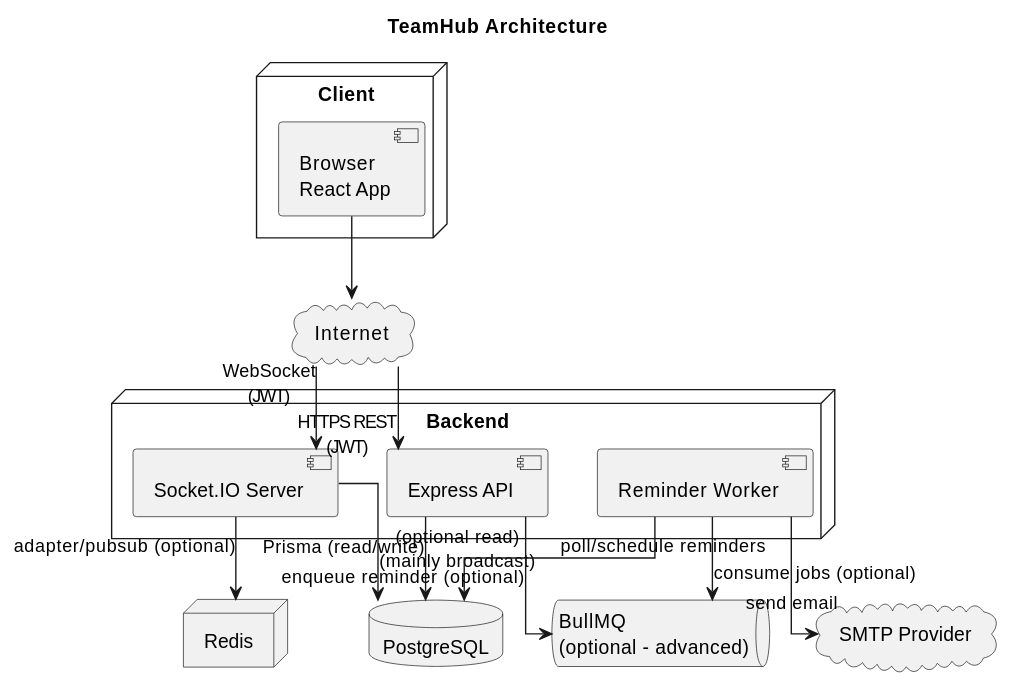
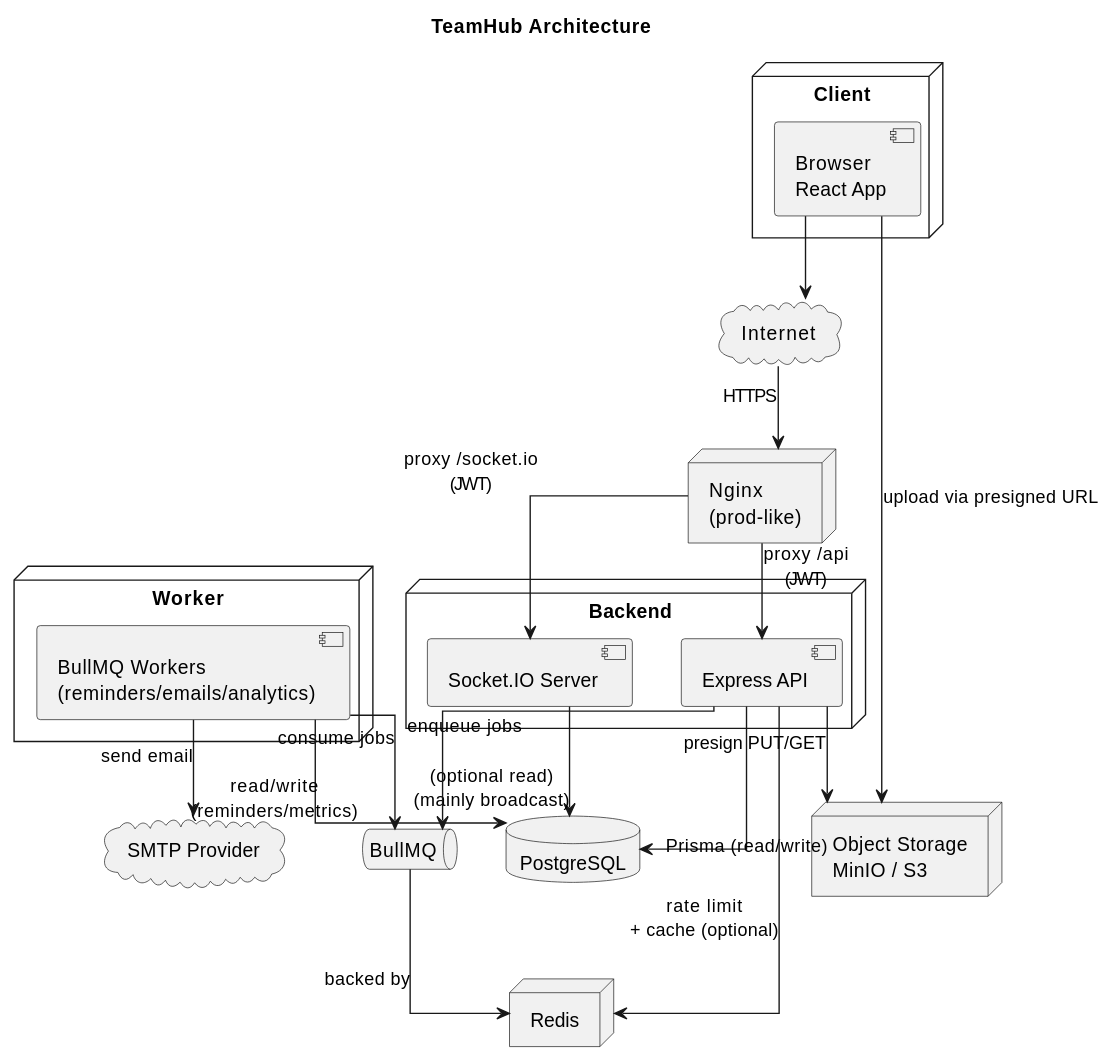
One commit to tvquang0511/TeamHub changed the diagram in docs/diagrams/system-architecture.md. Above: the diagram before and after it, drawn with PlantUML. The commit also changed 45 other files, not shown here.

````diff
--- a/docs/diagrams/system-architecture.md
+++ b/docs/diagrams/system-architecture.md
@@ -3,38 +3,49 @@
 ```plantuml
 @startuml
 skinparam linetype ortho
 title TeamHub Architecture
 
 node "Client" as client {
   [Browser\nReact App] as browser
 }
 
 cloud "Internet" as net
 
 node "Backend" as backend {
   [Express API] as api
   [Socket.IO Server] as sio
-  [Reminder Worker] as worker
+}
+
+node "Worker" as workerNode {
+  [BullMQ Workers\n(reminders/emails/analytics)] as worker
 }
 
 database "PostgreSQL" as pg
-queue "BullMQ\n(optional - advanced)" as mq
+queue "BullMQ" as mq
 node "Redis" as redis
+node "Object Storage\nMinIO / S3" as s3
 cloud "SMTP Provider" as smtp
+node "Nginx\n(prod-like)" as nginx
 
 browser --> net
-net --> api : HTTPS REST\n(JWT)
-net --> sio : WebSocket\n(JWT)
+net --> nginx : HTTPS
+nginx --> api : proxy /api\n(JWT)
+nginx --> sio : proxy /socket.io\n(JWT)
 
 api --> pg : Prisma (read/write)
 sio --> pg : (optional read)\n(mainly broadcast)
-worker --> pg : poll/schedule reminders
+
+api --> mq : enqueue jobs
+worker --> mq : consume jobs
+
+worker --> pg : read/write\n(reminders/metrics)
 worker --> smtp : send email
 
-' advanced path
-api --> mq : enqueue reminder (optional)
-worker --> mq : consume jobs (optional)
-sio --> redis : adapter/pubsub (optional)
+api --> s3 : presign PUT/GET
+browser --> s3 : upload via presigned URL
+
+mq --> redis : backed by
+api --> redis : rate limit\n+ cache (optional)
 
 @enduml
 ```
````
